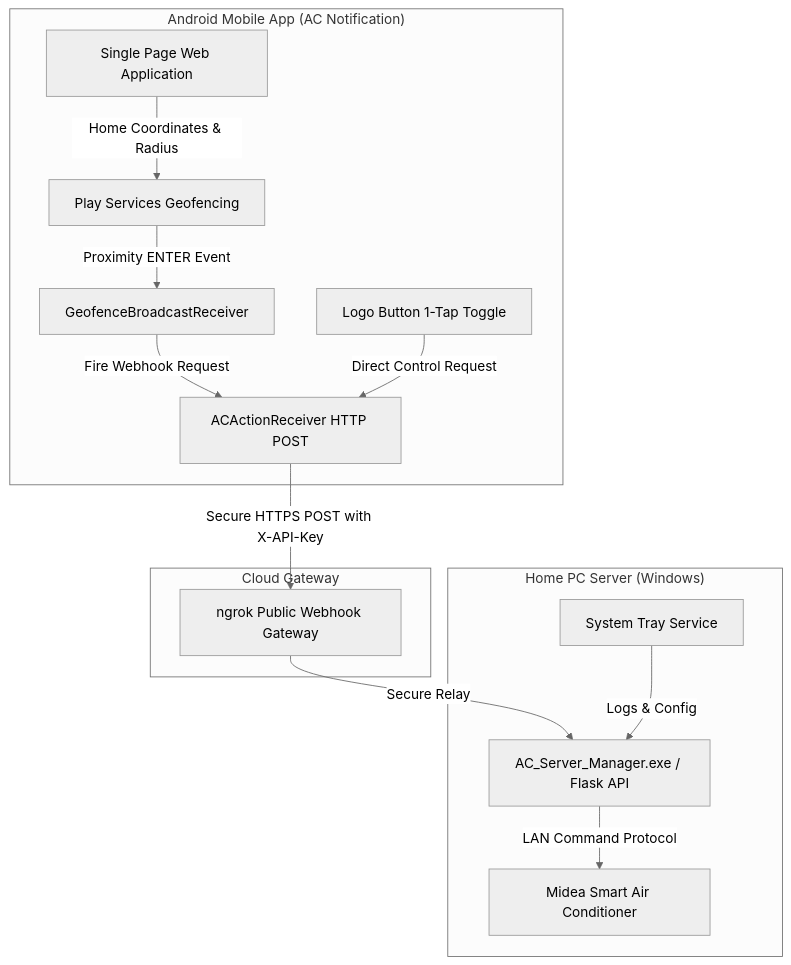
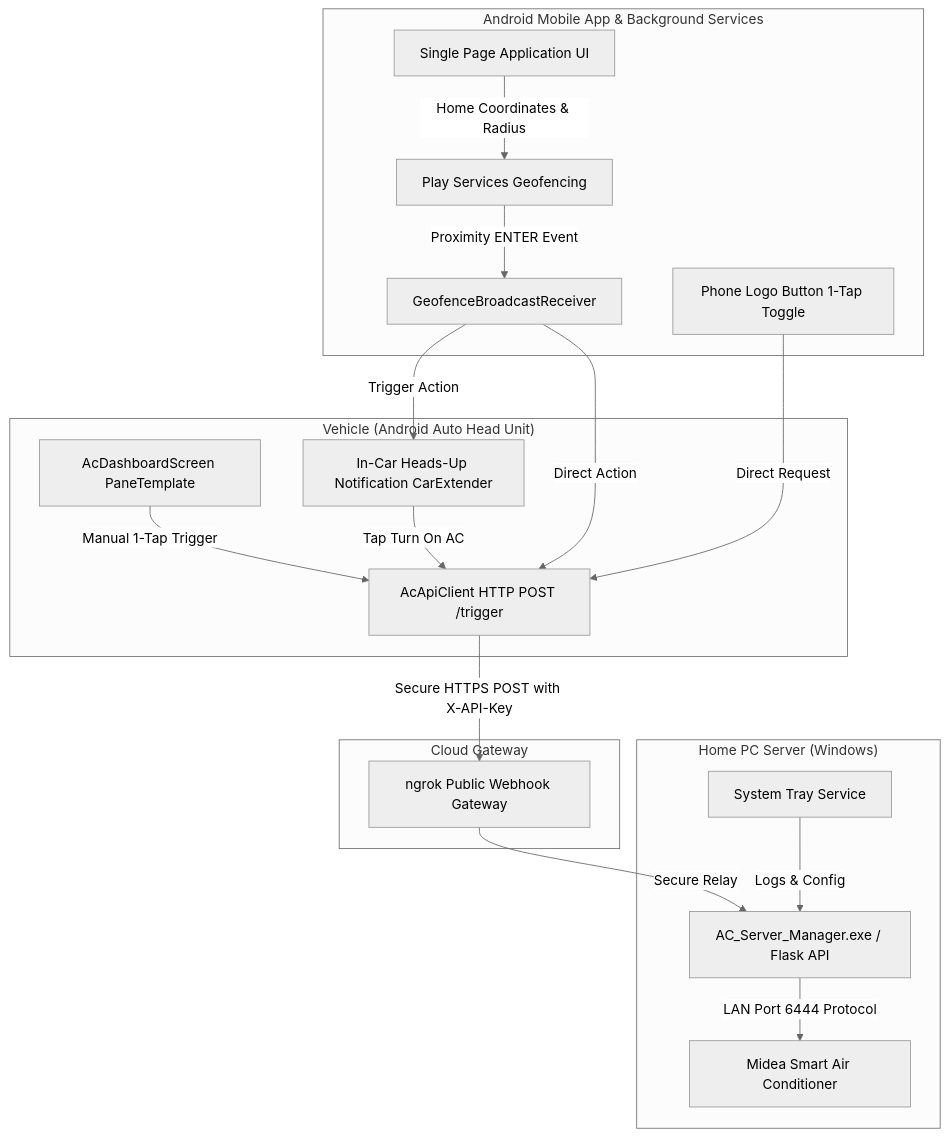
Before and after one commit to ogadassi/ac-notification: the diagram in README.md, drawn with Mermaid (neutral theme). The commit also changed other lines of this file, not shown here.

Commit message:
docs: update README with Android Auto integration, architecture diagram, and v2.0.0 release links

````diff
--- a/README.md
+++ b/README.md
@@ -59,19 +67,25 @@
 ```mermaid
 flowchart TD
-    subgraph "Android Mobile App (AC Notification)"
-        A[Single Page Web Application] -->|Home Coordinates & Radius| B[Play Services Geofencing]
+    subgraph "Vehicle (Android Auto Head Unit)"
+        AA[AcDashboardScreen PaneTemplate] -->|Manual 1-Tap Trigger| D
+        N[In-Car Heads-Up Notification CarExtender] -->|Tap Turn On AC| D
+    end
+
+    subgraph "Android Mobile App & Background Services"
+        A[Single Page Application UI] -->|Home Coordinates & Radius| B[Play Services Geofencing]
         B -->|Proximity ENTER Event| C[GeofenceBroadcastReceiver]
-        C -->|Fire Webhook Request| D[ACActionReceiver HTTP POST]
-        E[Logo Button 1-Tap Toggle] -->|Direct Control Request| D
+        C -->|Trigger Action| N
+        C -->|Direct Action| D[AcApiClient HTTP POST /trigger]
+        E[Phone Logo Button 1-Tap Toggle] -->|Direct Request| D
     end
 
     subgraph "Cloud Gateway"
         D -->|Secure HTTPS POST with X-API-Key| F[ngrok Public Webhook Gateway]
     end
 
     subgraph "Home PC Server (Windows)"
         F -->|Secure Relay| G[AC_Server_Manager.exe / Flask API]
         H[System Tray Service] -->|Logs & Config| G
-        G -->|LAN Command Protocol| I[Midea Smart Air Conditioner]
+        G -->|LAN Port 6444 Protocol| I[Midea Smart Air Conditioner]
     end
 ```
````
